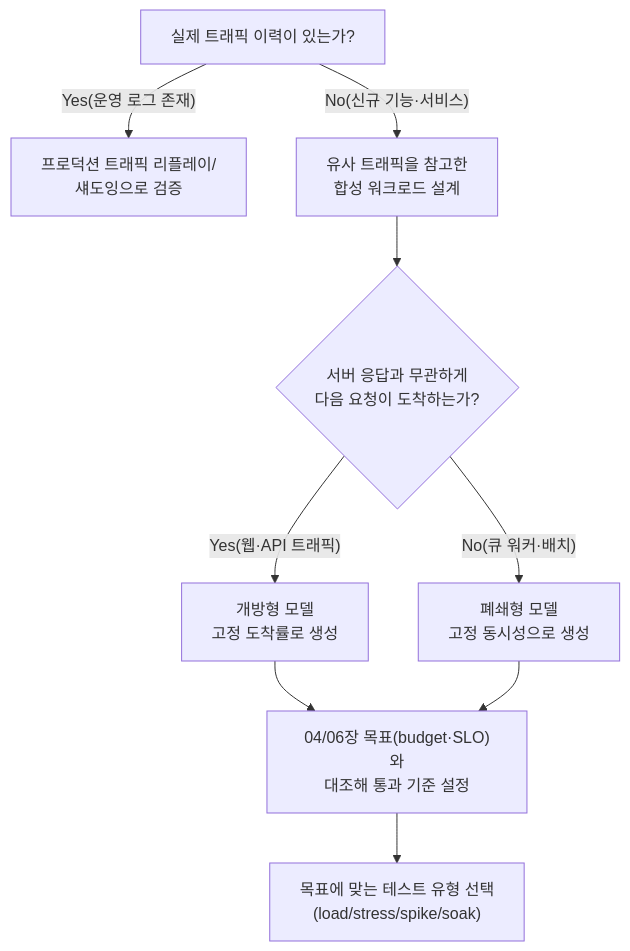
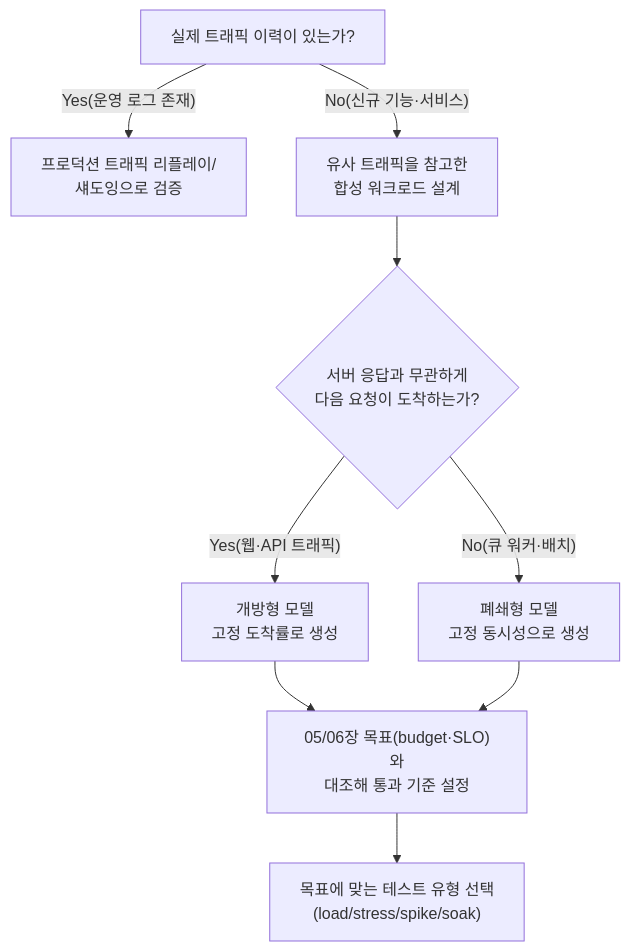
The diagram in content/collection/optimization-11-design-decisions/14-load-testing-design/index.md (42jerrykim/42jerrykim.github.io), drawn with Mermaid before and after one commit. The commit also changed other lines of this file and 1 other file, not shown here.

````diff
--- a/content/collection/optimization-11-design-decisions/14-load-testing-design/index.md
+++ b/content/collection/optimization-11-design-decisions/14-load-testing-design/index.md
@@ -97,11 +95,11 @@
 ```mermaid
 flowchart TD
   start["실제 트래픽 이력이 있는가?"] -->|"Yes(운영 로그 존재)"| replay["프로덕션 트래픽 리플레이/</br>섀도잉으로 검증"]
   start -->|"No(신규 기능·서비스)"| synth["유사 트래픽을 참고한</br>합성 워크로드 설계"]
   synth --> arrival{"서버 응답과 무관하게</br>다음 요청이 도착하는가?"}
   arrival -->|"Yes(웹·API 트래픽)"| openModel["개방형 모델</br>고정 도착률로 생성"]
   arrival -->|"No(큐 워커·배치)"| closedModel["폐쇄형 모델</br>고정 동시성으로 생성"]
-  openModel --> goalCheck["04/06장 목표(budget·SLO)와</br>대조해 통과 기준 설정"]
+  openModel --> goalCheck["05/06장 목표(budget·SLO)와</br>대조해 통과 기준 설정"]
   closedModel --> goalCheck
   goalCheck --> typeSelect["목표에 맞는 테스트 유형 선택</br>(load/stress/spike/soak)"]
 ```
````
